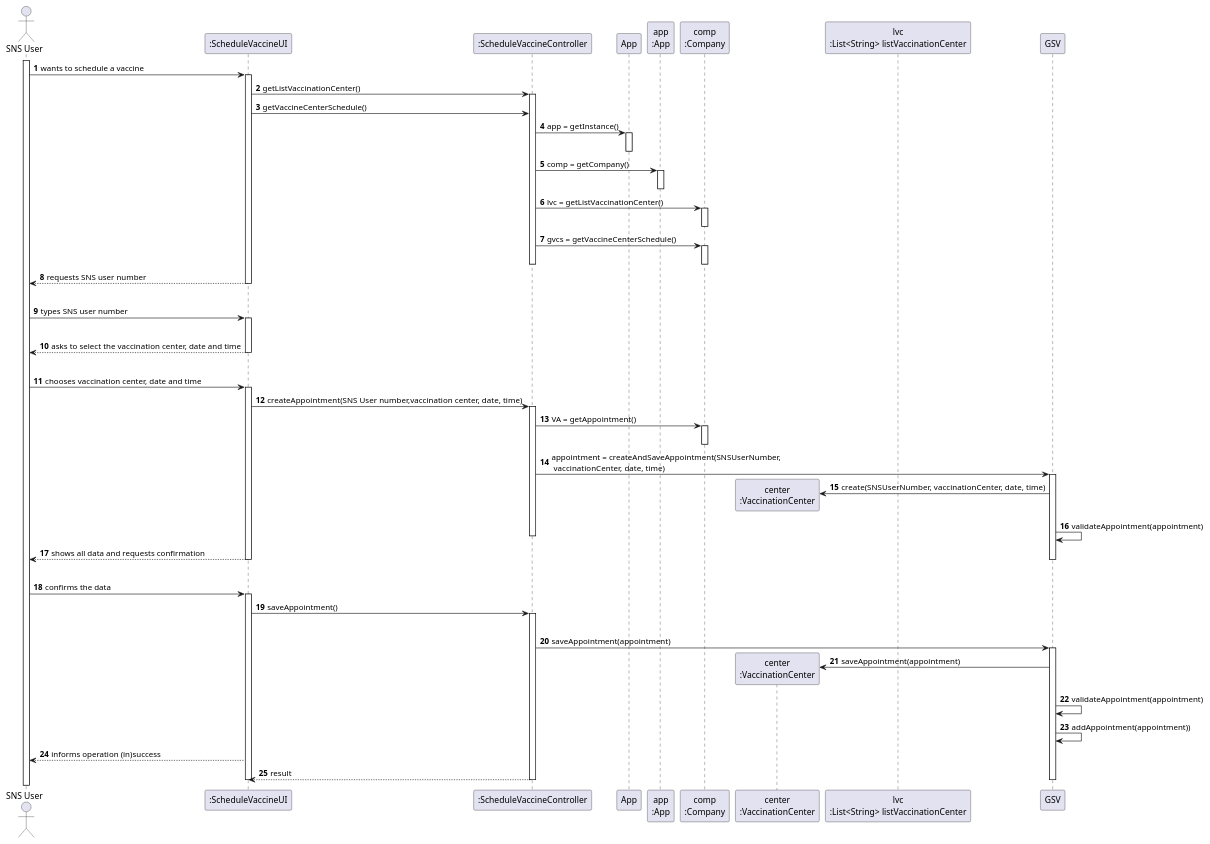
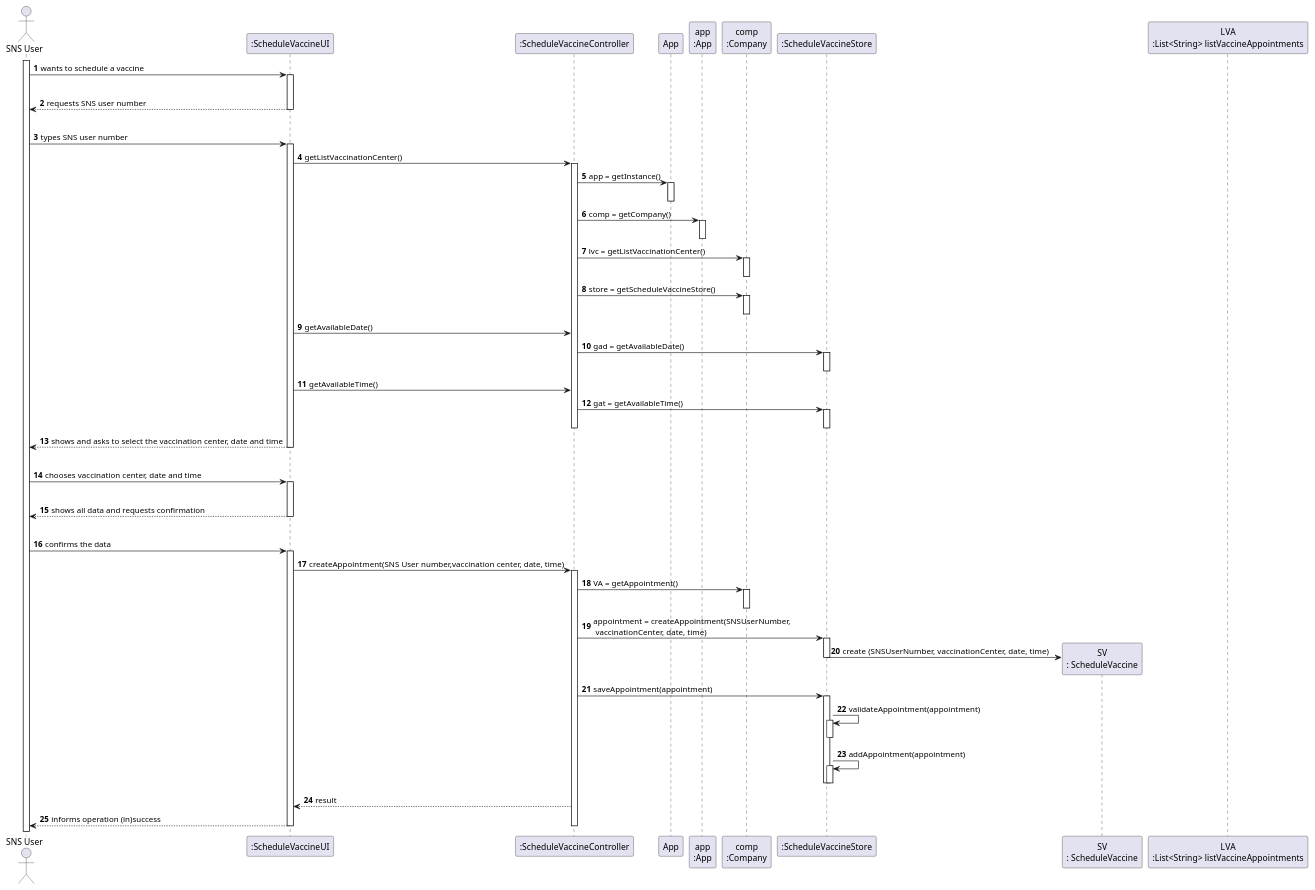
The diagram in docs/SprintC/US1/US1_SD.puml (diogonapoles/isep-lapr2), drawn with PlantUML before and after one commit. The commit also changed 2 other files, not shown here.

```diff
--- a/docs/SprintC/US1/US1_SD.puml
+++ b/docs/SprintC/US1/US1_SD.puml
@@ -1,82 +1,92 @@
 @startuml
 'https://plantuml.com/sequence-diagram
 
 autonumber
 'hide footbox
 actor "SNS User" as USER
 
 participant ":ScheduleVaccineUI" as UI
 participant ":ScheduleVaccineController" as CTRL
 participant "App" as _APP
 participant "app\n:App" as APP
 participant "comp\n:Company" as COMP
-participant "center\n:VaccinationCenter" as VC
-participant "lvc\n:List<String> listVaccinationCenter" as LVC
+participant ":ScheduleVaccineStore" as STORE
+participant "SV\n: ScheduleVaccine" as SV
+participant "LVA\n:List<String> listVaccineAppointments" as LVA
 
 activate USER
 USER -> UI : wants to schedule a vaccine
 activate UI
+|||
+UI --> USER : requests SNS user number
+deactivate UI
+|||
+
+
+USER -> UI : types SNS user number
+activate UI
 UI -> CTRL : getListVaccinationCenter()
 activate CTRL
-UI -> CTRL : getVaccineCenterSchedule()
 CTRL -> _APP : app = getInstance()
 activate _APP
 deactivate _APP
 CTRL -> APP : comp = getCompany()
 activate APP
 deactivate APP
 CTRL -> COMP : lvc = getListVaccinationCenter()
 activate COMP
 deactivate COMP
-CTRL -> COMP : gvcs = getVaccineCenterSchedule()
+CTRL -> COMP : store = getScheduleVaccineStore()
 activate COMP
 deactivate COMP
+UI -> CTRL : getAvailableDate()
+CTRL -> STORE : gad = getAvailableDate()
+activate STORE
+deactivate STORE
+UI -> CTRL : getAvailableTime()
+CTRL -> STORE : gat = getAvailableTime()
+activate STORE
+deactivate STORE
 deactivate CTRL
-UI --> USER : requests SNS user number
+UI --> USER : shows and asks to select the vaccination center, date and time
 deactivate UI
 |||
 
 
 
-USER -> UI : types SNS user number
+
+
+USER -> UI : chooses vaccination center, date and time
 activate UI
 |||
-UI --> USER : asks to select the vaccination center, date and time
+UI --> USER: shows all data and requests confirmation
 deactivate UI
 |||
 
-USER -> UI : chooses vaccination center, date and time
+
+USER -> UI : confirms the data
 activate UI
 UI -> CTRL : createAppointment(SNS User number,vaccination center, date, time)
 activate CTRL
 CTRL -> COMP : VA = getAppointment()
 activate COMP
 deactivate COMP
-CTRL -> GSV : appointment = createAndSaveAppointment(SNSUserNumber, \n vaccinationCenter, date, time)
-activate GSV
-GSV -> VC ** : create(SNSUserNumber, vaccinationCenter, date, time)
-GSV -> GSV : validateAppointment(appointment)
-deactivate CTRL
-UI --> USER: shows all data and requests confirmation
-deactivate GSV
-deactivate CTRL
-deactivate UI
-|||
+CTRL -> STORE : appointment = createAppointment(SNSUserNumber, \n vaccinationCenter, date, time)
+activate STORE
+STORE -> SV ** : create (SNSUserNumber, vaccinationCenter, date, time)
+deactivate STORE
+CTRL -> STORE : saveAppointment(appointment)
+activate STORE
+STORE -> STORE : validateAppointment(appointment)
+activate STORE
+deactivate STORE
+STORE -> STORE : addAppointment(appointment)
+activate STORE
+deactivate STORE
+deactivate STORE
+CTRL --> UI : result
+UI --> USER : informs operation (in)success
 
-
-USER -> UI : confirms the data
-activate UI
-UI -> CTRL : saveAppointment()
-activate CTRL
-|||
-CTRL -> GSV : saveAppointment(appointment)
-activate GSV
-GSV -> VC ** : saveAppointment(appointment)
-GSV -> GSV : validateAppointment(appointment)
-GSV -> GSV : addAppointment(appointment))
-UI --> USER : informs operation (in)success
-CTRL --> UI : result
-deactivate GSV
 deactivate CTRL
 deactivate UI
 @enduml
```
